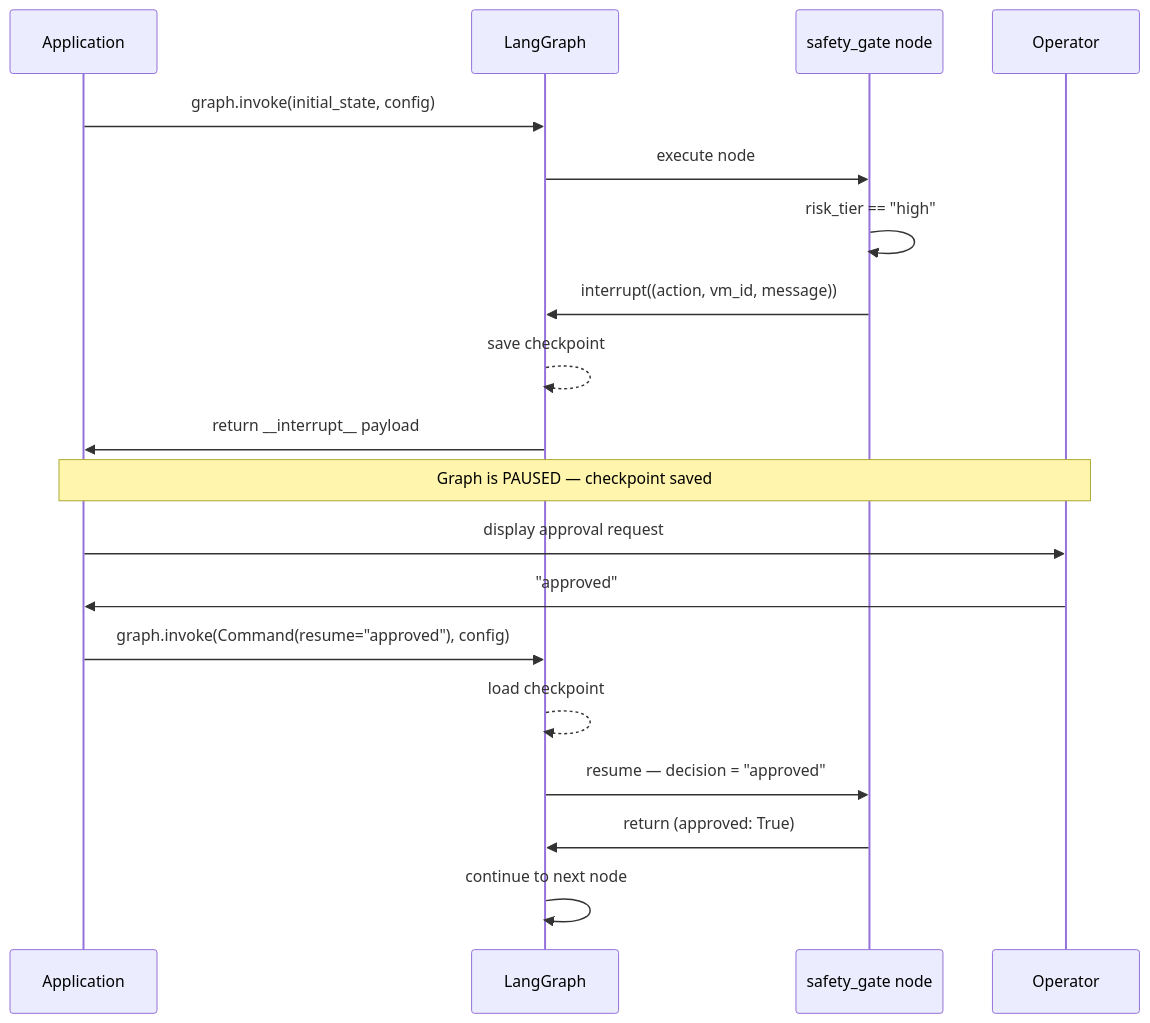
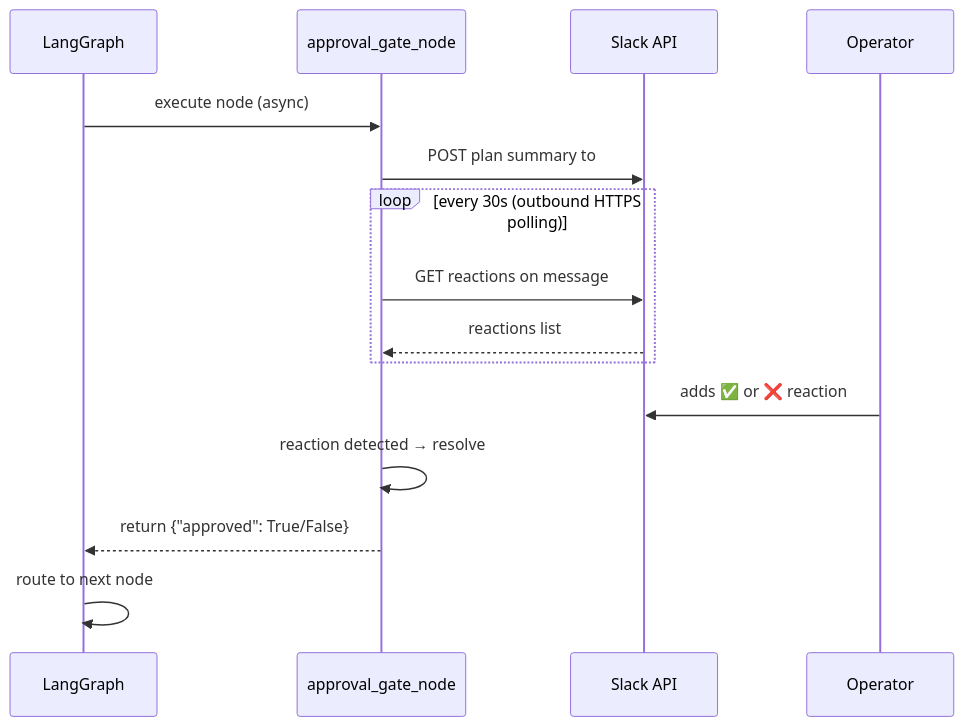
The fifth of 6 diagrams in docs/langgraph-primer.md (psc0des/Errander-AI), drawn with Mermaid before and after one commit. The commit also changed other lines of this file and 11 other files, not shown here.

````diff
--- a/docs/langgraph-primer.md
+++ b/docs/langgraph-primer.md
@@ -285,24 +299,18 @@
 ```mermaid
 sequenceDiagram
-    participant App as Application
     participant Graph as LangGraph
-    participant Gate as safety_gate node
+    participant Gate as approval_gate_node
+    participant Slack as Slack API
     participant Human as Operator
 
-    App->>Graph: graph.invoke(initial_state, config)
-    Graph->>Gate: execute node
-    Gate->>Gate: risk_tier == "high"
-    Gate->>Graph: interrupt((action, vm_id, message))
-    Graph-->>Graph: save checkpoint
-    Graph->>App: return __interrupt__ payload
-
-    Note over App,Human: Graph is PAUSED — checkpoint saved
-
-    App->>Human: display approval request
-    Human->>App: "approved"
-    App->>Graph: graph.invoke(Command(resume="approved"), config)
-    Graph-->>Graph: load checkpoint
-    Graph->>Gate: resume — decision = "approved"
-    Gate->>Graph: return (approved: True)
-    Graph->>Graph: continue to next node
+    Graph->>Gate: execute node (async)
+    Gate->>Slack: POST plan summary to #errander-approvals
+    loop every 30s (outbound HTTPS polling)
+        Gate->>Slack: GET reactions on message
+        Slack-->>Gate: reactions list
+    end
+    Human->>Slack: adds ✅ or ❌ reaction
+    Gate->>Gate: reaction detected → resolve
+    Gate-->>Graph: return {"approved": True/False}
+    Graph->>Graph: route to next node
 ```
````
